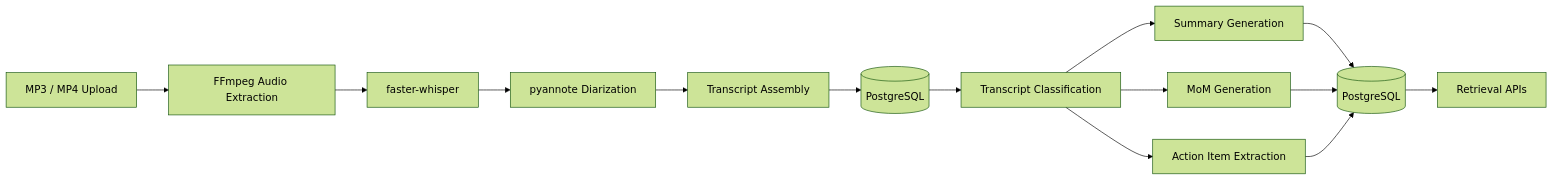
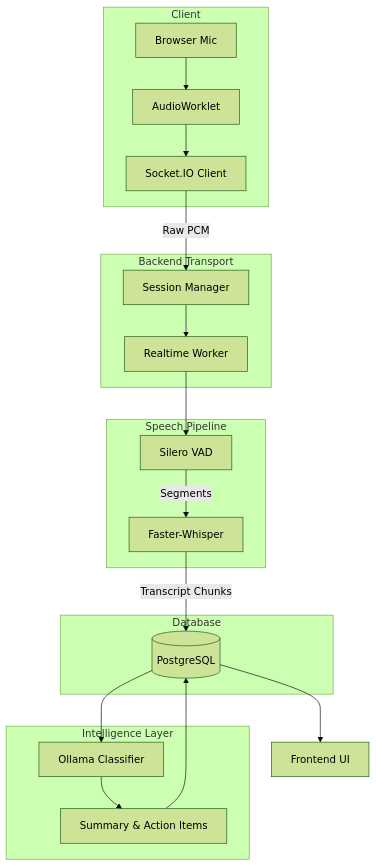
Before and after one commit to dkstlzk/speechflow: the diagram in README.md, drawn with Mermaid (forest theme). The commit also changed other lines of this file and 13 other files, not shown here.

````diff
--- a/README.md
+++ b/README.md
@@ -68,28 +65,30 @@
 ```mermaid
-flowchart LR
+flowchart TD
 
-A[MP3 / MP4 Upload]
---> B[FFmpeg Audio Extraction]
+    subgraph Client
+        A[Browser Mic] --> B[AudioWorklet]
+        B --> C[Socket.IO Client]
+    end
 
-B --> C[faster-whisper]
+    subgraph Backend Transport
+        C -->|Raw PCM| D[Session Manager]
+        D --> E[Realtime Worker]
+    end
 
-C --> D[pyannote Diarization]
+    subgraph Speech Pipeline
+        E --> F[Silero VAD]
+        F -->|Segments| G[Faster-Whisper]
+    end
 
-D --> E[Transcript Assembly]
+    subgraph Database
+        G -->|Transcript Chunks| H[(PostgreSQL)]
+    end
 
-E --> F[(PostgreSQL)]
+    subgraph Intelligence Layer
+        H --> I[Ollama Classifier]
+        I --> J[Summary & Action Items]
+        J --> H
+    end
 
-F --> G[Transcript Classification]
-
-G --> H[Summary Generation]
-
-G --> I[MoM Generation]
-
-G --> J[Action Item Extraction]
-
-H --> K[(PostgreSQL)]
-I --> K
-J --> K
-
-K --> L[Retrieval APIs]
+    H --> K[Frontend UI]
 ```
````
